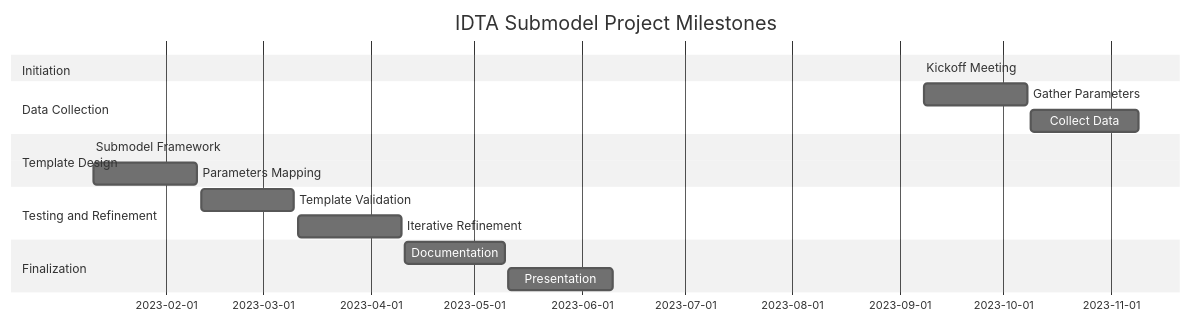
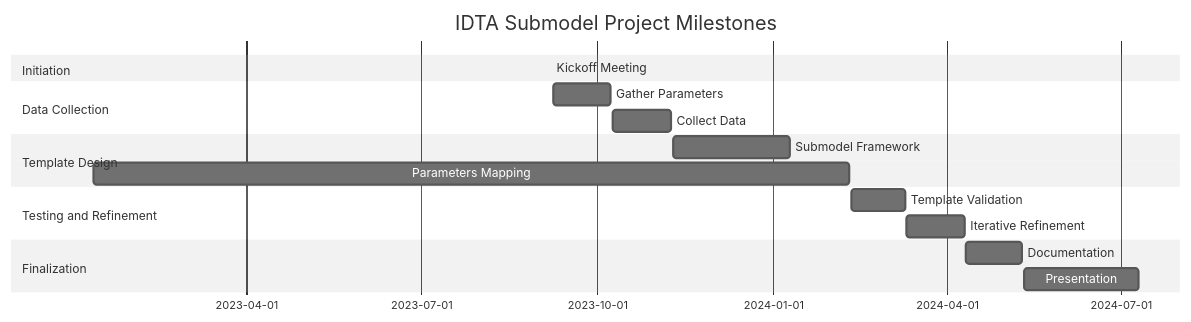
Before and after one commit to skidzo/IDTA_submodel_metal_additive_manufacturing: the first of 3 diagrams in README.md, drawn with Mermaid (neutral theme).

Commit message:
Update README.md milestones

````diff
--- a/README.md
+++ b/README.md
@@ -49,19 +49,19 @@
 ```mermaid
 gantt
     dateFormat  YYYY-MM-DD
     title IDTA Submodel Project Milestones
     section Initiation
     Kickoff Meeting     :done, 2023-09-07, 2023-09-07
     section Data Collection
     Gather Parameters   : 2023-09-08, 2023-10-08
     Collect Data       : 2023-10-09, 2023-11-09
     section Template Design
-    Submodel Framework  : 2023-11-10, 2023-01-10
-    Parameters Mapping : 2023-01-11, 2023-02-10
+    Submodel Framework  : 2023-11-10, 2024-01-10
+    Parameters Mapping : 2023-01-11, 2024-02-10
     section Testing and Refinement
-    Template Validation: 2023-02-11, 2023-03-10
-    Iterative Refinement: 2023-03-11, 2023-04-10
+    Template Validation: 2024-02-11, 2024-03-10
+    Iterative Refinement: 2024-03-11, 2024-04-10
     section Finalization
-    Documentation       : 2023-04-11, 2023-05-10
-    Presentation        : 2023-05-11, 2023-06-10
+    Documentation       : 2024-04-11, 2024-05-10
+    Presentation        : 2024-05-11, 2024-07-10
 ```
````
